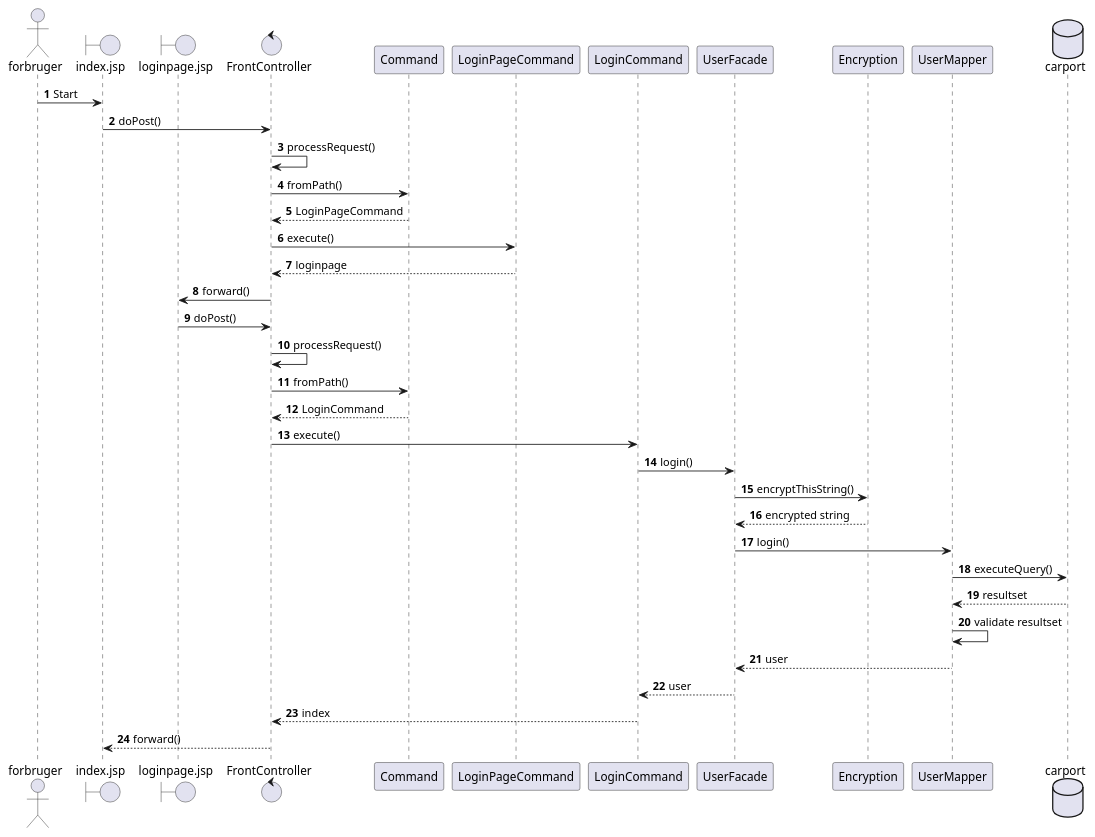
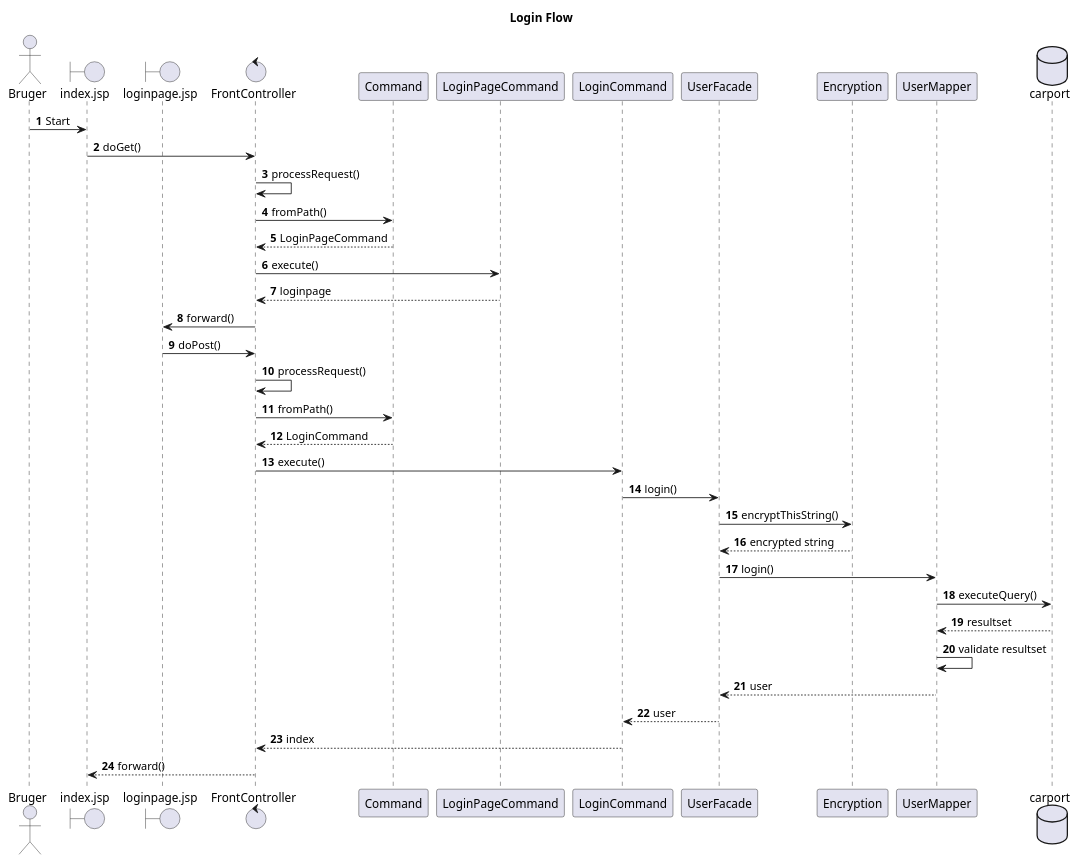
Before and after one commit to mdjac/sem2-fog-carport: the diagram in src/UML/Login.puml, drawn with PlantUML. The commit also changed 6 other files, not shown here.

Commit message:
modified sequence diagram, and modified button when ordering custom carports name

```diff
--- a/src/UML/Login.puml
+++ b/src/UML/Login.puml
@@ -1,44 +1,44 @@
 @startuml
 'https://plantuml.com/sequence-diagram
 
 autonumber
-
-actor forbruger
+title Login Flow
+actor Bruger
 boundary index.jsp
 boundary loginpage.jsp
 control FrontController
 participant Command
 participant LoginPageCommand
 participant LoginCommand
 participant UserFacade
 participant Encryption
 participant UserMapper
 database carport
 
 
 
-forbruger -> index.jsp: Start
-index.jsp -> FrontController: doPost()
+Bruger -> index.jsp: Start
+index.jsp -> FrontController: doGet()
 FrontController -> FrontController: processRequest()
 FrontController -> Command: fromPath()
 Command --> FrontController: LoginPageCommand
 FrontController -> LoginPageCommand: execute()
 LoginPageCommand --> FrontController: loginpage
 FrontController -> loginpage.jsp: forward()
 loginpage.jsp -> FrontController: doPost()
 FrontController -> FrontController: processRequest()
 FrontController -> Command: fromPath()
 Command --> FrontController: LoginCommand
 FrontController -> LoginCommand: execute()
 LoginCommand -> UserFacade: login()
 UserFacade -> Encryption: encryptThisString()
 Encryption --> UserFacade: encrypted string
 UserFacade -> UserMapper: login()
 UserMapper -> carport: executeQuery()
 carport --> UserMapper: resultset
 UserMapper -> UserMapper: validate resultset
 UserMapper --> UserFacade: user
 UserFacade --> LoginCommand: user
 LoginCommand --> FrontController: index
 FrontController --> index.jsp: forward()
 @enduml
```
